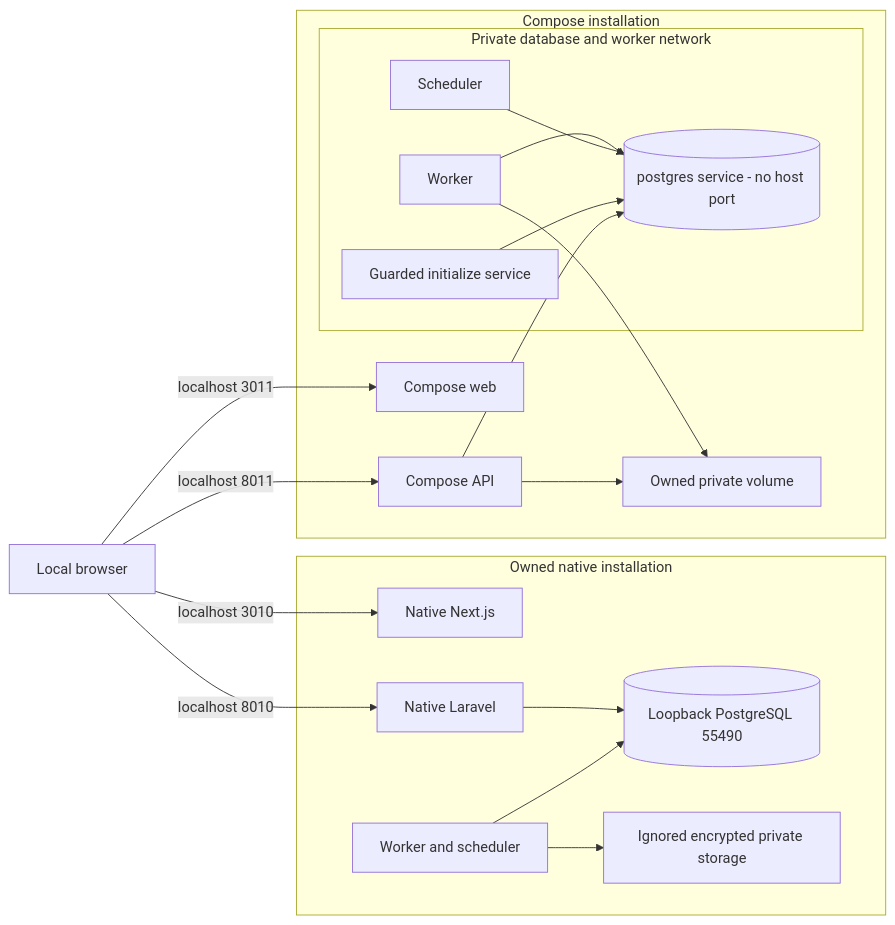
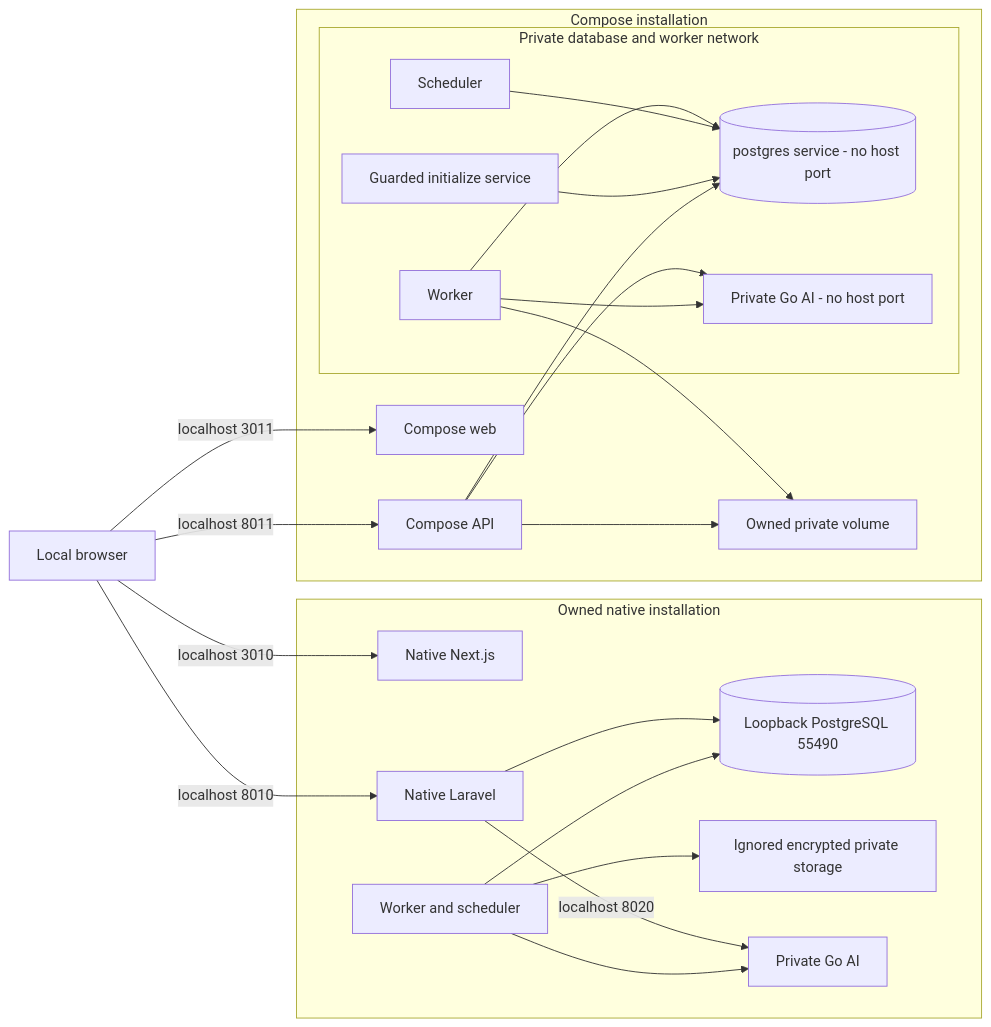
The first of 2 diagrams in docs/diagrams/deployment-topology.md (AahilSomethin/FlowMV), drawn with Mermaid before and after one commit. The commit also changed other lines of this file and 61 other files, not shown here.

````diff
--- a/docs/diagrams/deployment-topology.md
+++ b/docs/diagrams/deployment-topology.md
@@ -5,26 +5,31 @@
 ```mermaid
 flowchart LR
   Browser[Local browser] -->|localhost 3010| NativeWeb[Native Next.js]
   Browser -->|localhost 8010| NativeAPI[Native Laravel]
   subgraph Native[Owned native installation]
     NativeWeb
     NativeAPI --> NativeDB[(Loopback PostgreSQL 55490)]
     NativeWorker[Worker and scheduler] --> NativeDB
     NativeWorker --> NativeFiles[Ignored encrypted private storage]
+    NativeAPI -->|localhost 8020| NativeGo[Private Go AI]
+    NativeWorker --> NativeGo
   end
   Browser -->|localhost 3011| Web[Compose web]
   Browser -->|localhost 8011| API[Compose API]
   subgraph Compose[Compose installation]
     Web
     API
     subgraph Private[Private database and worker network]
       PG[(postgres service - no host port)]
       Worker[Worker] --> PG
       Scheduler[Scheduler] --> PG
       Init[Guarded initialize service] --> PG
+      Go[Private Go AI - no host port]
     end
     API --> PG
+    API --> Go
     API --> Files[Owned private volume]
     Worker --> Files
+    Worker --> Go
   end
 ```
````
